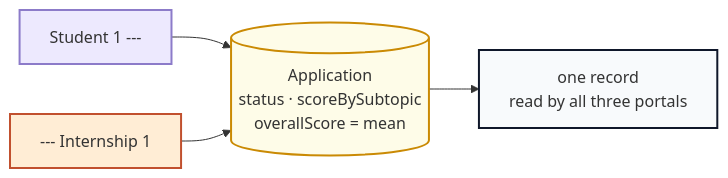
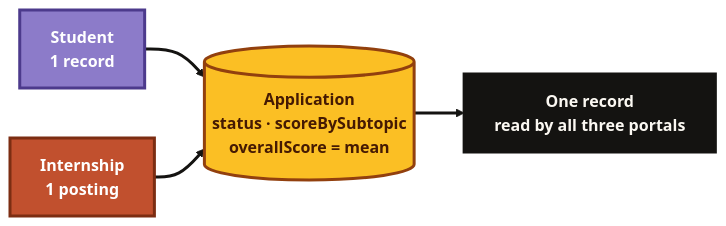
The seventh of 7 diagrams in README.md (ayushjha-dev/RISE), drawn with Mermaid before and after one commit. The commit also changed other lines of this file, not shown here.

Commit message:
Make README diagrams high-contrast and attractive

````diff
--- a/README.md
+++ b/README.md
@@ -445,10 +488,17 @@
 ```mermaid
+%%{init: {'theme': 'base', 'themeVariables': {'fontSize': '16px', 'fontFamily': 'Inter, system-ui, sans-serif', 'lineColor': '#141311'}}}%%
 flowchart LR
-    STU["Student 1 ---"] --> APP[("Application<br/>status · scoreBySubtopic<br/>overallScore = mean")]
-    INT["--- Internship 1"] --> APP
-    APP --> NOTE["one record<br/>read by all three portals"]
-    style STU fill:#ede9fe,stroke:#8c7bc9,stroke-width:2px
-    style INT fill:#ffedd5,stroke:#c1502e,stroke-width:2px
-    style APP fill:#fefce8,stroke:#ca8a04,stroke-width:2px
-    style NOTE fill:#f8fafc,stroke:#0f172a,stroke-width:2px
+    STU["<b>Student</b><br/>1 record"]
+    INT["<b>Internship</b><br/>1 posting"]
+    APP[("<b>Application</b><br/>status · scoreBySubtopic<br/>overallScore = mean")]
+    NOTE["<b>One record</b><br/>read by all three portals"]
+    STU --> APP
+    INT --> APP
+    APP --> NOTE
+    classDef stu fill:#8c7bc9,stroke:#4c3a8c,stroke-width:3px,color:#fff,font-weight:bold;
+    classDef int fill:#c1502e,stroke:#7c2d12,stroke-width:3px,color:#fff,font-weight:bold;
+    classDef app fill:#fbbf24,stroke:#92400e,stroke-width:3px,color:#451a03,font-weight:bold;
+    classDef note fill:#141311,stroke:#141311,stroke-width:3px,color:#fbf8f2,font-weight:bold;
+    class STU stu; class INT int; class APP app; class NOTE note;
+    linkStyle 0,1,2 stroke:#141311,stroke-width:3px;
 ```
````
